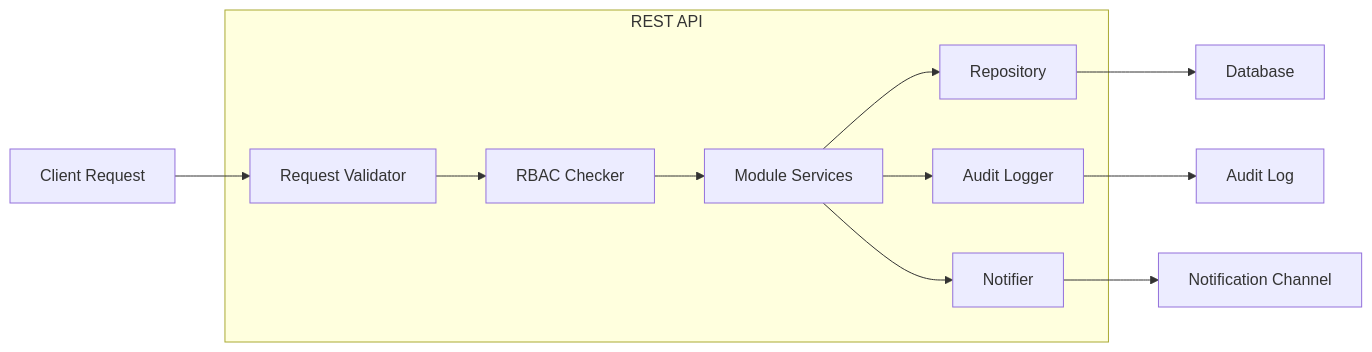
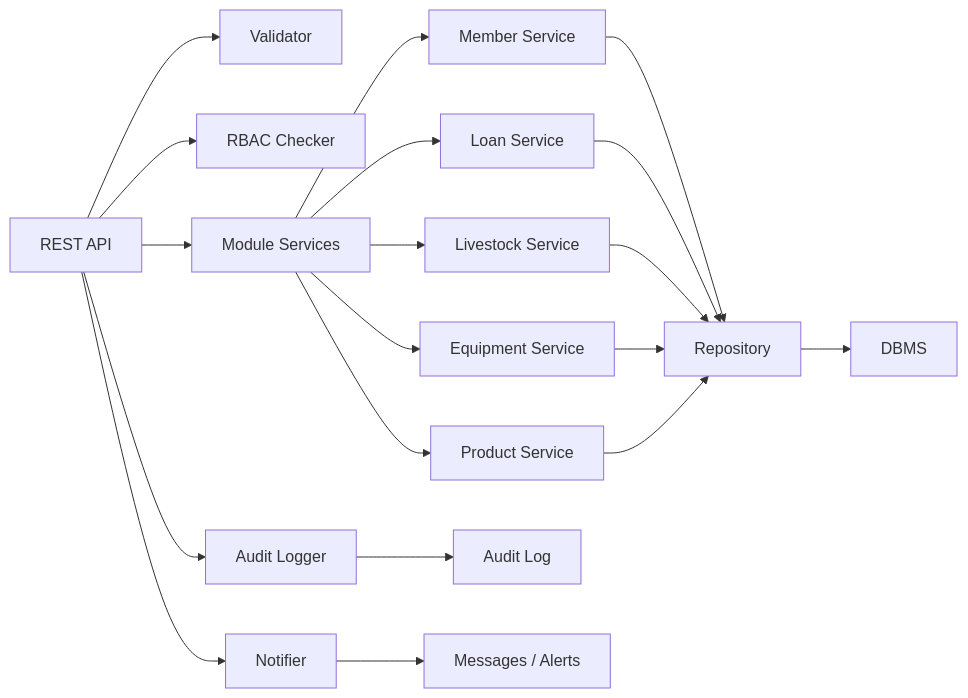
Before and after one commit to Bonuel12142005/KAMBACDIAGRAM: the seventh of 16 diagrams in README.md, drawn with Mermaid. The commit also changed other lines of this file, not shown here.

Commit message:
Overwrite README.md with the full 16-diagram KIMS proposal summary

````diff
--- a/README.md
+++ b/README.md
@@ -402,21 +356,21 @@
 ```mermaid
 flowchart LR
-    subgraph API["REST API"]
-        V["Request Validator"]
-        RB["RBAC Checker"]
-        S["Module Services"]
-        R["Repository"]
-        A["Audit Logger"]
-        N["Notifier"]
-    end
-
-    C["Client Request"] --> V
-    V --> RB
-    RB --> S
-    S --> R
-    S --> A
-    S --> N
-    R --> DB["Database"]
-    A --> AL["Audit Log"]
-    N --> MSG["Notification Channel"]
+    API["REST API"] --> V["Validator"]
+    API --> R["RBAC Checker"]
+    API --> S["Module Services"]
+    S --> M1["Member Service"]
+    S --> M2["Loan Service"]
+    S --> M3["Livestock Service"]
+    S --> M4["Equipment Service"]
+    S --> M5["Product Service"]
+    M1 --> REPO["Repository"]
+    M2 --> REPO
+    M3 --> REPO
+    M4 --> REPO
+    M5 --> REPO
+    REPO --> DB["DBMS"]
+    API --> AUD["Audit Logger"]
+    API --> NOTIF["Notifier"]
+    AUD --> ALOG["Audit Log"]
+    NOTIF --> MSG["Messages / Alerts"]
 ```
````
